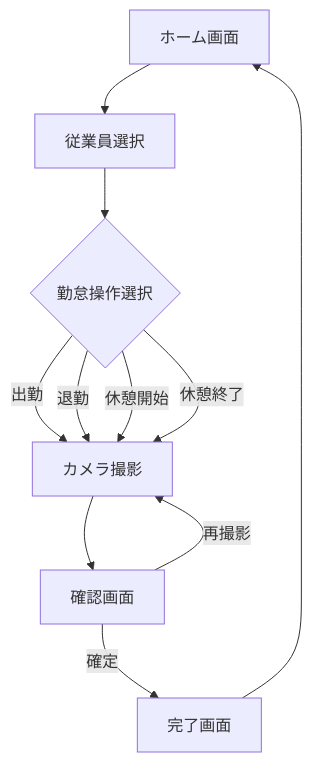
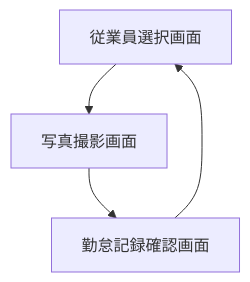
The first of 2 diagrams in doc/design_layout.md (yamasaw/attendance-management-by-ai-driven), drawn with Mermaid before and after one commit. The commit also changed other lines of this file, not shown here.

````diff
--- a/doc/design_layout.md
+++ b/doc/design_layout.md
@@ -45,13 +58,6 @@
 ```mermaid
 flowchart TD
-    A[ホーム画面] --> B[従業員選択]
-    B --> C{勤怠操作選択}
-    C -->|出勤| D[カメラ撮影]
-    C -->|退勤| D
-    C -->|休憩開始| D
-    C -->|休憩終了| D
-    D --> E[確認画面]
-    E -->|確定| F[完了画面]
-    E -->|再撮影| D
-    F --> A
+    A[従業員選択画面] --> B[写真撮影画面]
+    B --> C[勤怠記録確認画面]
+    C --> A
 ```
````
